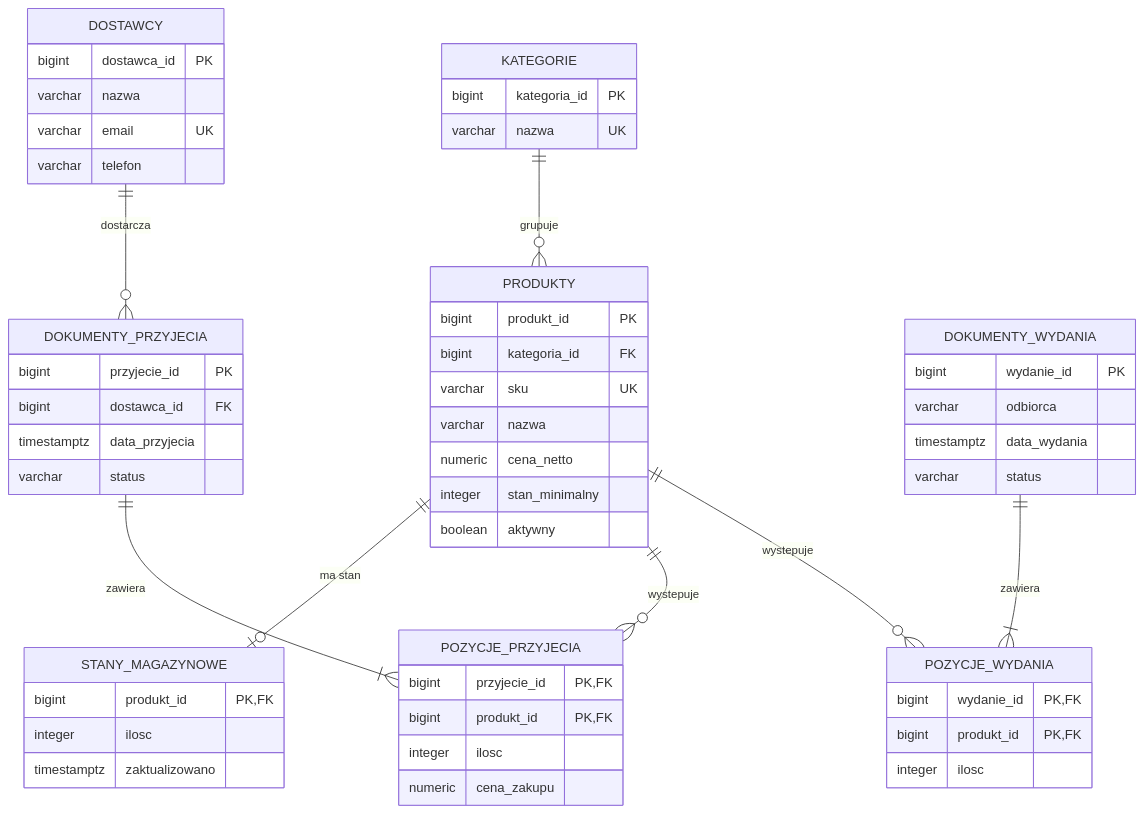
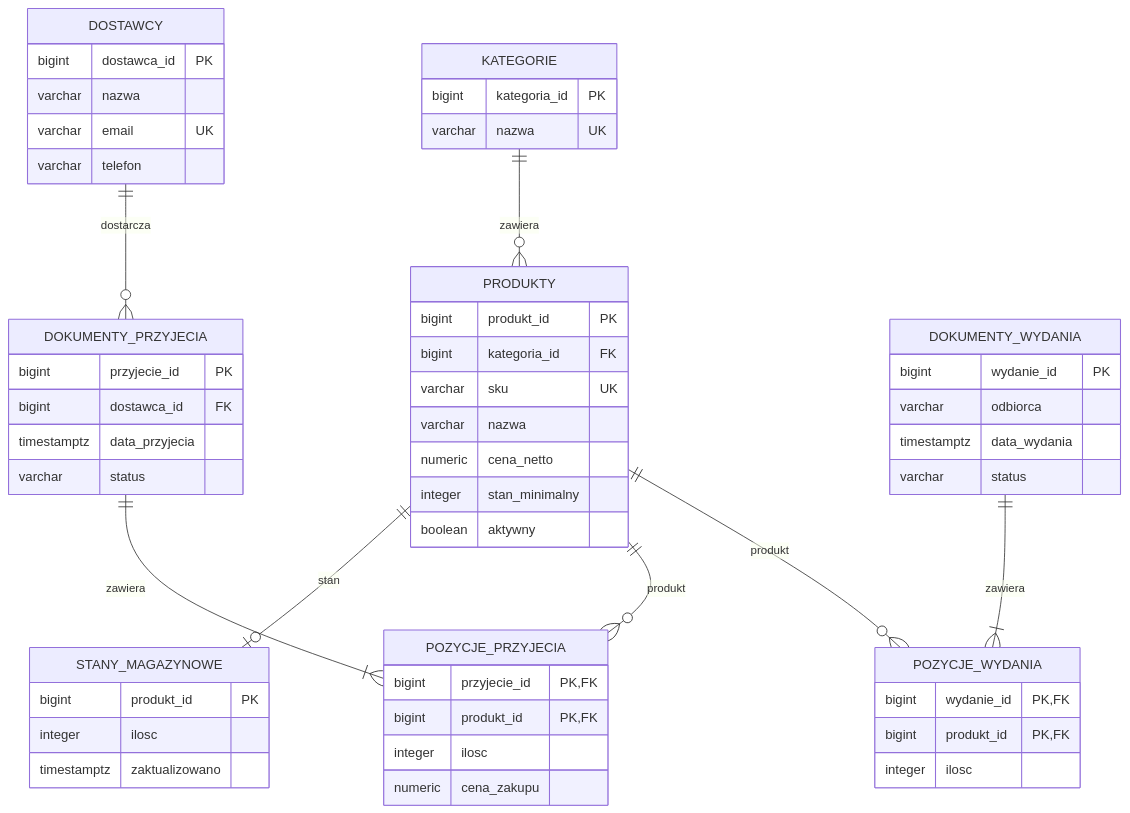
One commit to XbartasX/magazyn-postgresql changed the diagram in docs/diagram-erd.md. Above: the diagram before and after it, drawn with Mermaid. The commit also changed other lines of this file, not shown here.

Commit message:
Revise ERD diagram and relationship descriptions
Updated the ERD diagram and improved the descriptions of relationships and keys.

````diff
--- a/docs/diagram-erd.md
+++ b/docs/diagram-erd.md
@@ -5,65 +3,65 @@
 ```mermaid
 erDiagram
-    KATEGORIE ||--o{ PRODUKTY : "grupuje"
-    DOSTAWCY ||--o{ DOKUMENTY_PRZYJECIA : "dostarcza"
-    PRODUKTY ||--o| STANY_MAGAZYNOWE : "ma stan"
-    DOKUMENTY_PRZYJECIA ||--|{ POZYCJE_PRZYJECIA : "zawiera"
-    PRODUKTY ||--o{ POZYCJE_PRZYJECIA : "wystepuje"
-    DOKUMENTY_WYDANIA ||--|{ POZYCJE_WYDANIA : "zawiera"
-    PRODUKTY ||--o{ POZYCJE_WYDANIA : "wystepuje"
+    KATEGORIE ||--o{ PRODUKTY : zawiera
+    DOSTAWCY ||--o{ DOKUMENTY_PRZYJECIA : dostarcza
+    PRODUKTY ||--o| STANY_MAGAZYNOWE : stan
+    DOKUMENTY_PRZYJECIA ||--|{ POZYCJE_PRZYJECIA : zawiera
+    PRODUKTY ||--o{ POZYCJE_PRZYJECIA : produkt
+    DOKUMENTY_WYDANIA ||--|{ POZYCJE_WYDANIA : zawiera
+    PRODUKTY ||--o{ POZYCJE_WYDANIA : produkt
 
     KATEGORIE {
         bigint kategoria_id PK
         varchar nazwa UK
     }
 
     DOSTAWCY {
         bigint dostawca_id PK
         varchar nazwa
         varchar email UK
         varchar telefon
     }
 
     PRODUKTY {
         bigint produkt_id PK
         bigint kategoria_id FK
         varchar sku UK
         varchar nazwa
         numeric cena_netto
         integer stan_minimalny
         boolean aktywny
     }
 
     STANY_MAGAZYNOWE {
-        bigint produkt_id PK, FK
+        bigint produkt_id PK
         integer ilosc
         timestamptz zaktualizowano
     }
 
     DOKUMENTY_PRZYJECIA {
         bigint przyjecie_id PK
         bigint dostawca_id FK
         timestamptz data_przyjecia
         varchar status
     }
 
     POZYCJE_PRZYJECIA {
         bigint przyjecie_id PK, FK
         bigint produkt_id PK, FK
         integer ilosc
         numeric cena_zakupu
     }
 
     DOKUMENTY_WYDANIA {
         bigint wydanie_id PK
         varchar odbiorca
         timestamptz data_wydania
         varchar status
     }
 
     POZYCJE_WYDANIA {
         bigint wydanie_id PK, FK
         bigint produkt_id PK, FK
         integer ilosc
     }
 ```
````
